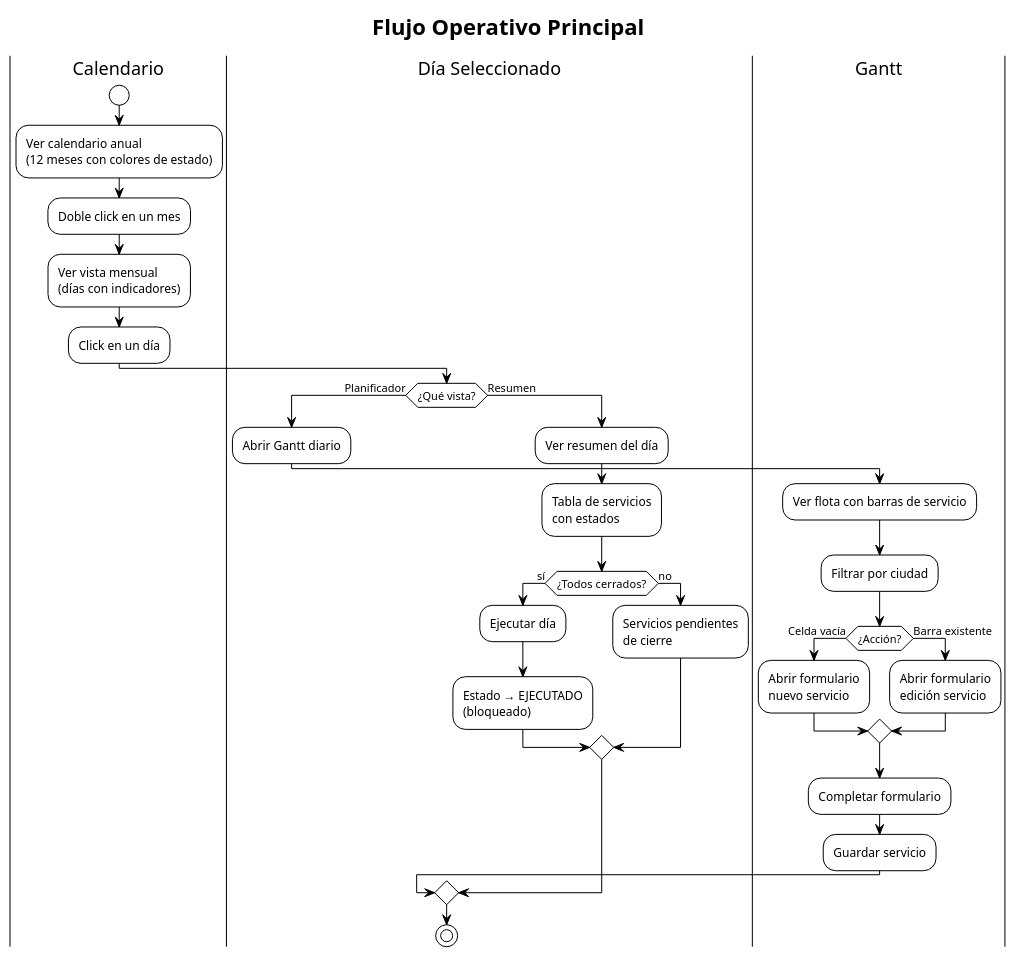
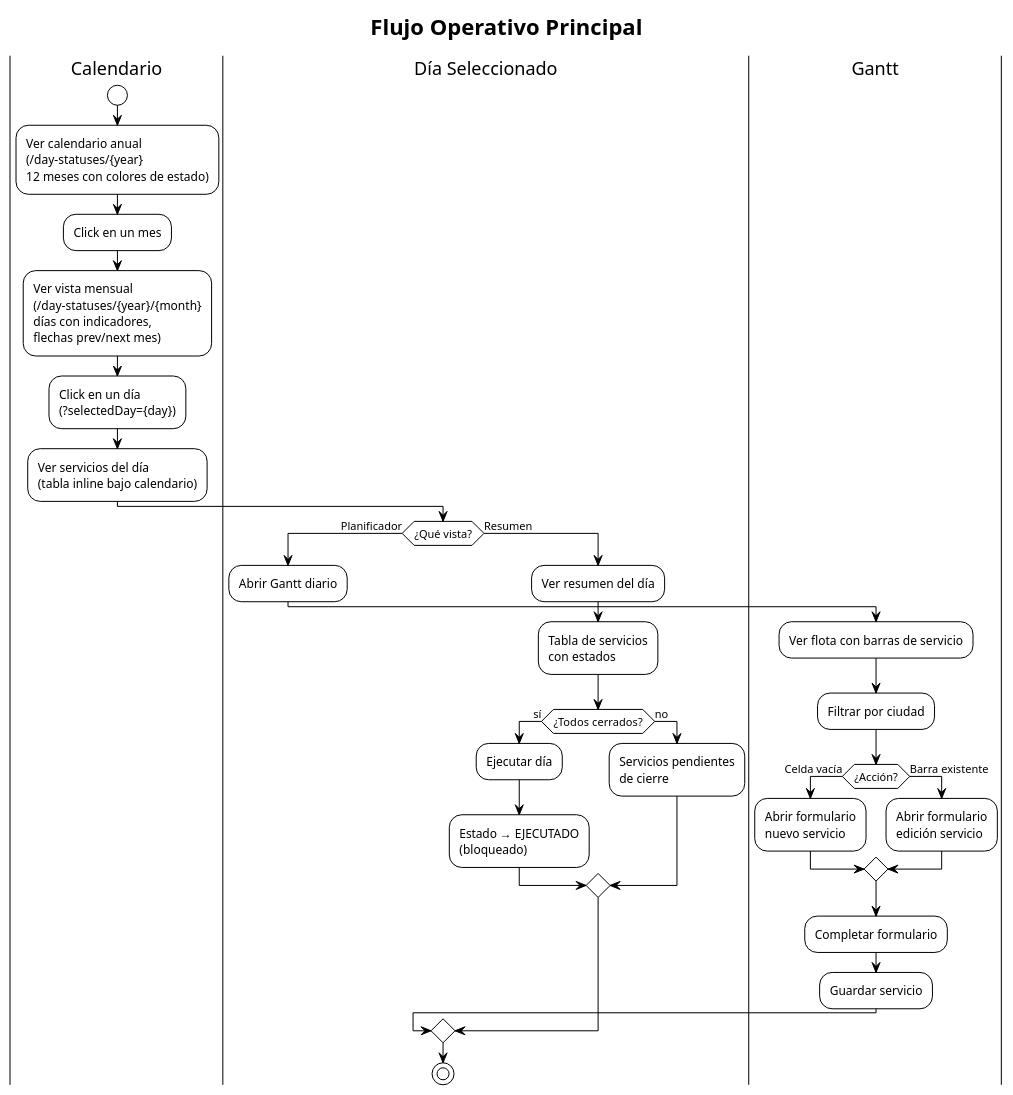
One commit to cristian-home/sgte-app changed the third of 8 diagrams in docs/navegacion.md. Above: the diagram before and after it, drawn with PlantUML. The commit also changed other lines of this file and 15 other files, not shown here.

First line of the commit message:
feat(calendar): implement path-based calendar navigation with month detail and inline day services

````diff
--- a/docs/navegacion.md
+++ b/docs/navegacion.md
@@ -162,41 +165,42 @@
 ```plantuml
 @startuml
 !theme plain
 title Flujo Operativo Principal
 
 |Calendario|
 start
-:Ver calendario anual\n(12 meses con colores de estado);
-:Doble click en un mes;
-:Ver vista mensual\n(días con indicadores);
-:Click en un día;
+:Ver calendario anual\n(/day-statuses/{year}\n12 meses con colores de estado);
+:Click en un mes;
+:Ver vista mensual\n(/day-statuses/{year}/{month}\ndías con indicadores,\nflechas prev/next mes);
+:Click en un día\n(?selectedDay={day});
+:Ver servicios del día\n(tabla inline bajo calendario);
 
 |Día Seleccionado|
 if (¿Qué vista?) then (Planificador)
   :Abrir Gantt diario;
   |Gantt|
   :Ver flota con barras de servicio;
   :Filtrar por ciudad;
   if (¿Acción?) then (Celda vacía)
     :Abrir formulario\nnuevo servicio;
   else (Barra existente)
     :Abrir formulario\nedición servicio;
   endif
   :Completar formulario;
   :Guardar servicio;
   |Día Seleccionado|
 else (Resumen)
   :Ver resumen del día;
   :Tabla de servicios\ncon estados;
   if (¿Todos cerrados?) then (sí)
     :Ejecutar día;
     :Estado → EJECUTADO\n(bloqueado);
   else (no)
     :Servicios pendientes\nde cierre;
   endif
 endif
 
 stop
 
 @enduml
 ```
````
